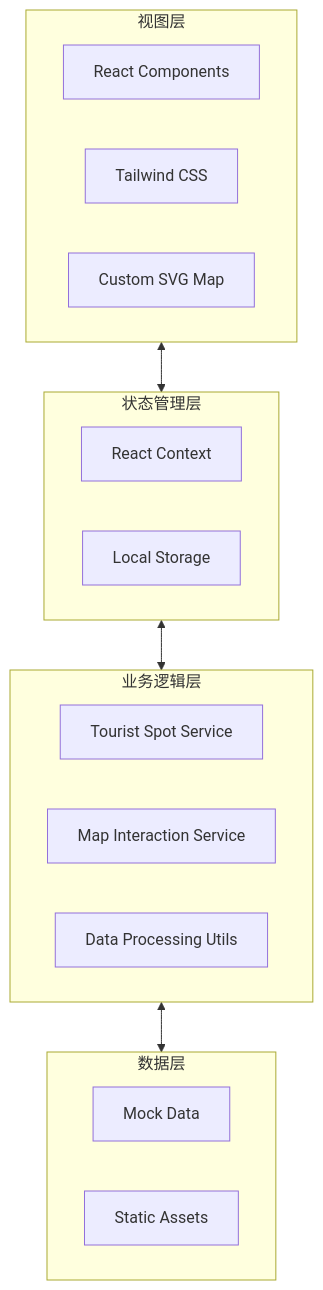
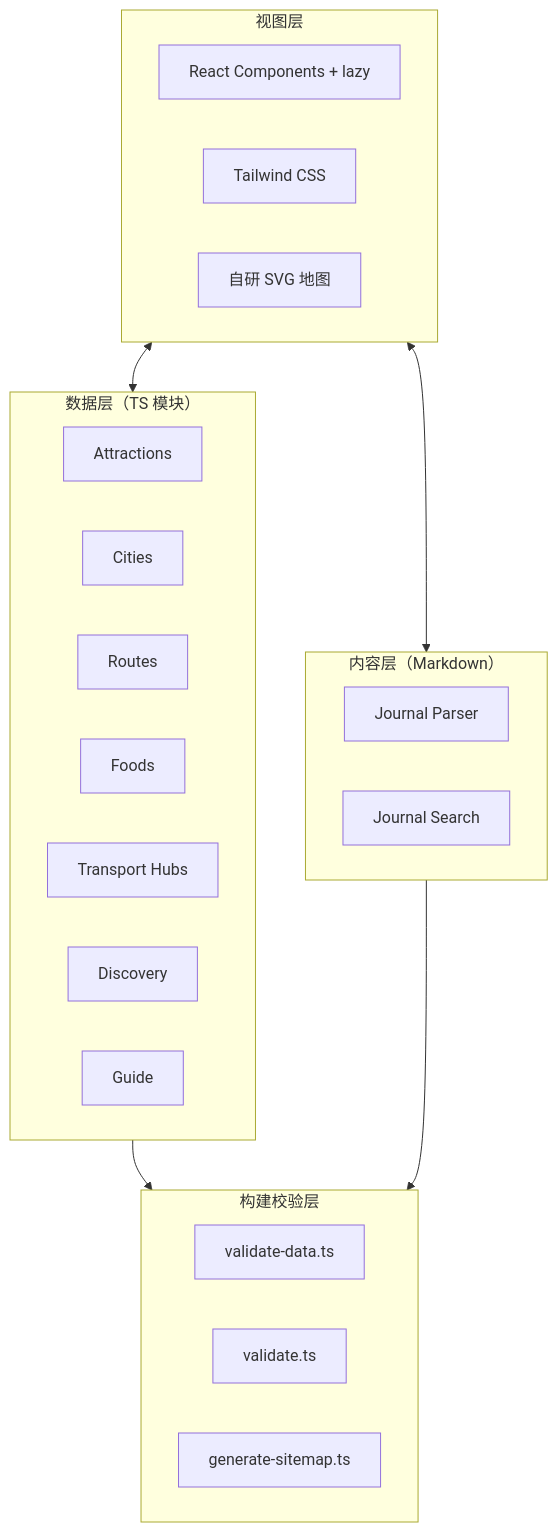
The first of 2 diagrams in .trae/documents/宁夏旅游地图技术架构.md (Minkelxy/ningxia-tourism), drawn with Mermaid before and after one commit. The commit also changed other lines of this file and 2 other files, not shown here.

````diff
--- a/.trae/documents/宁夏旅游地图技术架构.md
+++ b/.trae/documents/宁夏旅游地图技术架构.md
@@ -9,28 +9,34 @@
 ```mermaid
 flowchart TB
     subgraph ViewLayer["视图层"]
-        A[React Components]
+        A[React Components + lazy]
         B[Tailwind CSS]
-        C[Custom SVG Map]
+        C[自研 SVG 地图]
     end
-    
-    subgraph StateLayer["状态管理层"]
-        D[React Context]
-        E[Local Storage]
+
+    subgraph DataLayer["数据层（TS 模块）"]
+        D[Attractions]
+        E[Cities]
+        F[Routes]
+        G[Foods]
+        H[Transport Hubs]
+        I[Discovery]
+        J[Guide]
     end
-    
-    subgraph LogicLayer["业务逻辑层"]
-        F[Tourist Spot Service]
-        G[Map Interaction Service]
-        H[Data Processing Utils]
+
+    subgraph ContentLayer["内容层（Markdown）"]
+        K[Journal Parser]
+        L[Journal Search]
     end
-    
-    subgraph DataLayer["数据层"]
-        I[Mock Data]
-        J[Static Assets]
+
+    subgraph BuildGate["构建校验层"]
+        M[validate-data.ts]
+        N[validate.ts]
+        O[generate-sitemap.ts]
     end
-    
-    ViewLayer <--> StateLayer
-    StateLayer <--> LogicLayer
-    LogicLayer <--> DataLayer
+
+    ViewLayer <--> DataLayer
+    ViewLayer <--> ContentLayer
+    DataLayer --> BuildGate
+    ContentLayer --> BuildGate
 ```
````
